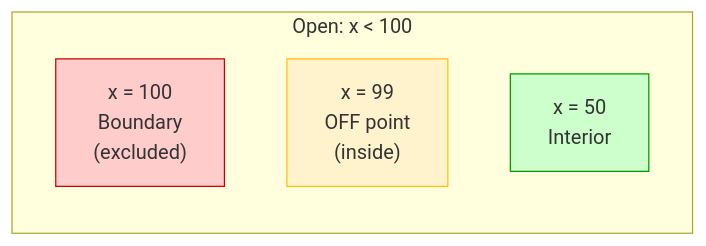
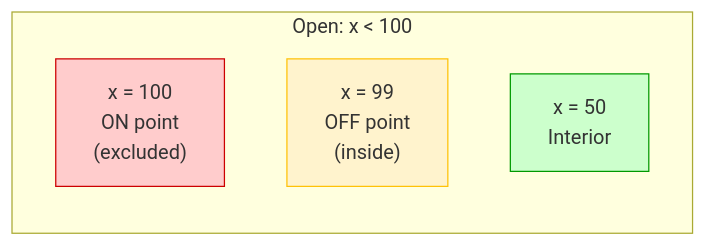
The second of 3 diagrams in content/verif/domain/boundary.md (3llimi/sqrbok.github.io), drawn with Mermaid before and after one commit. The commit also changed 7 other files, not shown here.

````diff
--- a/content/verif/domain/boundary.md
+++ b/content/verif/domain/boundary.md
@@ -95,12 +95,12 @@
 ```mermaid
 flowchart LR
     subgraph "Open: x < 100"
-        BOUND["x = 100<br/>Boundary<br/>(excluded)"]
+        ON["x = 100<br/>ON point<br/>(excluded)"]
         OFF["x = 99<br/>OFF point<br/>(inside)"]
         IN2["x = 50<br/>Interior"]
     end
 
-    style BOUND fill:#ffcccc,stroke:#cc0000
+    style ON fill:#ffcccc,stroke:#cc0000
     style OFF fill:#fff3cd,stroke:#ffc107
     style IN2 fill:#ccffcc,stroke:#009900
 ```
````
